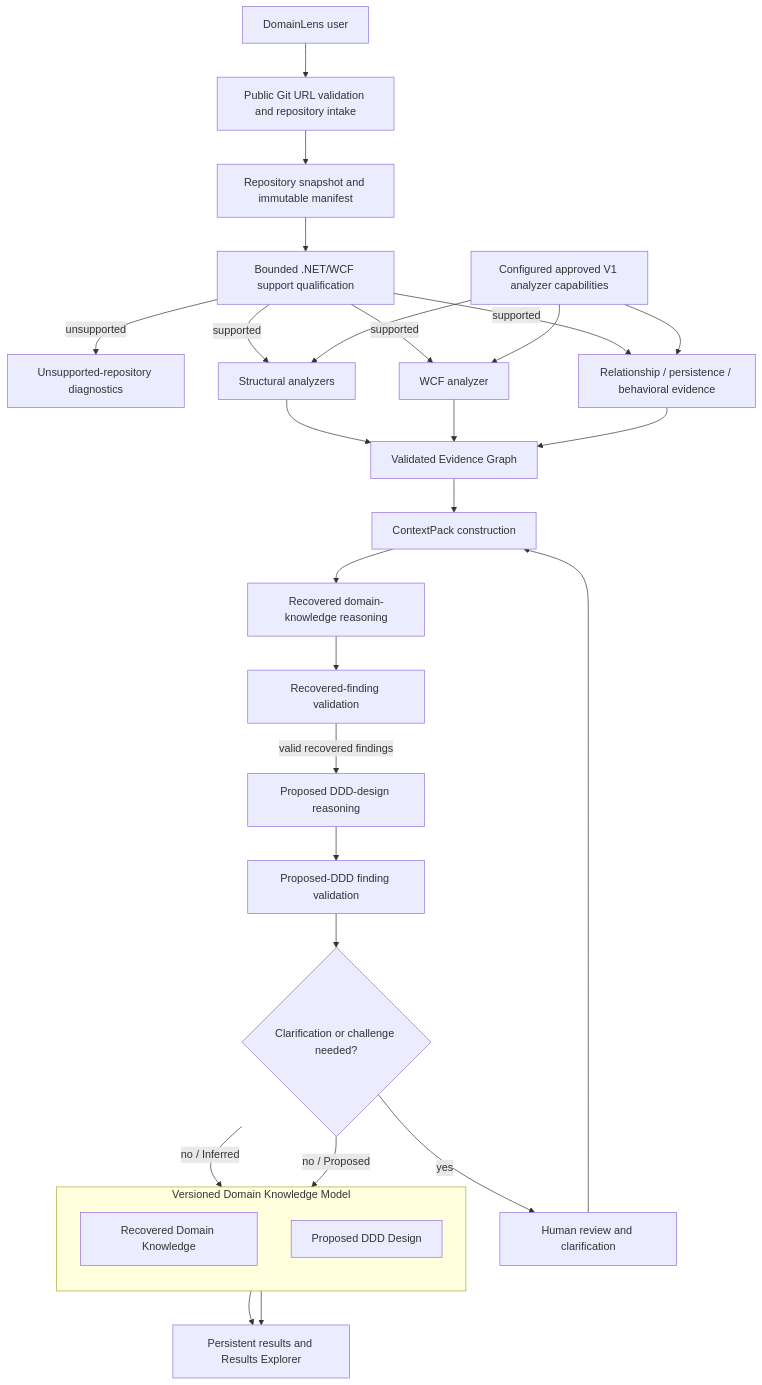
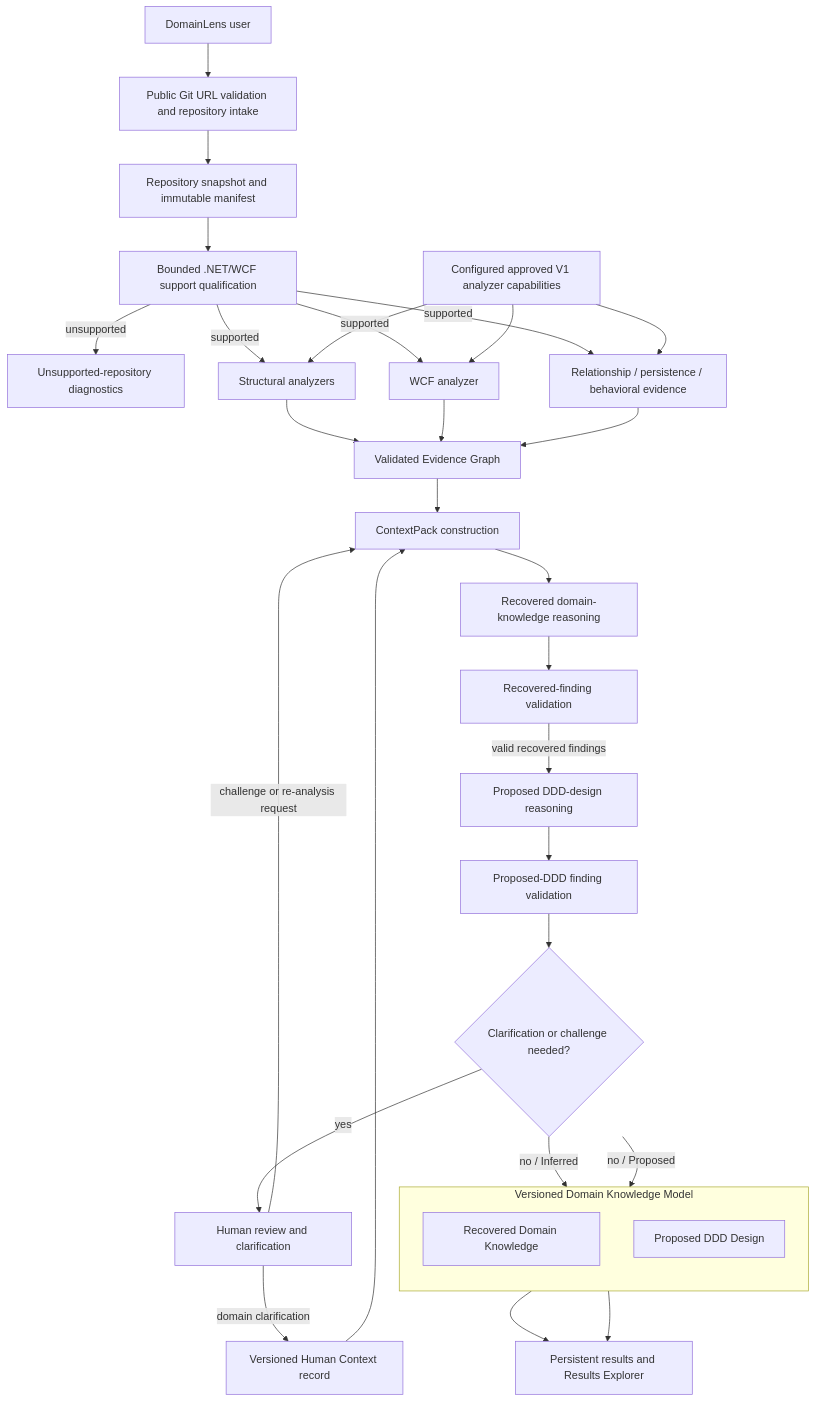
The third of 5 diagrams in docs/architecture/04-analysis-pipeline.md (ksharik/domainLens), drawn with Mermaid before and after one commit. The commit also changed other lines of this file and 24 other files, not shown here.

````diff
--- a/docs/architecture/04-analysis-pipeline.md
+++ b/docs/architecture/04-analysis-pipeline.md
@@ -182,43 +182,46 @@
 ```mermaid
 flowchart TD
     User[DomainLens user]
     Intake[Public Git URL validation and repository intake]
     Snapshot[Repository snapshot and immutable manifest]
     Qualification[Bounded .NET/WCF support qualification]
     AnalyzerConfig[Configured approved V1 analyzer capabilities]
     Unsupported[Unsupported-repository diagnostics]
     Structural[Structural analyzers]
     WCF[WCF analyzer]
     Relations[Relationship / persistence / behavioral evidence]
     Evidence[Validated Evidence Graph]
     Context[ContextPack construction]
     DiscoveryReasoning[Recovered domain-knowledge reasoning]
     RecoveryValidation[Recovered-finding validation]
     DDD[Proposed DDD-design reasoning]
     DesignValidation[Proposed-DDD finding validation]
     Human{Clarification or challenge needed?}
     Review[Human review and clarification]
+    HumanContext[Versioned Human Context record]
     subgraph Knowledge["Versioned Domain Knowledge Model"]
         direction TB
         RecoveredKnowledge[Recovered Domain Knowledge]
         ProposedDesign[Proposed DDD Design]
     end
     Results[Persistent results and Results Explorer]
 
     User --> Intake --> Snapshot --> Qualification
     Qualification -->|unsupported| Unsupported
     Qualification -->|supported| Structural
     Qualification -->|supported| WCF
     Qualification -->|supported| Relations
     AnalyzerConfig --> Structural
     AnalyzerConfig --> WCF
     AnalyzerConfig --> Relations
     Structural --> Evidence
     WCF --> Evidence
     Relations --> Evidence
     Evidence --> Context --> DiscoveryReasoning --> RecoveryValidation
     RecoveryValidation -->|valid recovered findings| DDD --> DesignValidation --> Human
-    Human -->|yes| Review --> Context
+    Human -->|yes| Review
+    Review -->|domain clarification| HumanContext --> Context
+    Review -->|challenge or re-analysis request| Context
     Human -->|"no / Inferred"| RecoveredKnowledge --> Results
     Human -->|"no / Proposed"| ProposedDesign --> Results
 ```
````
